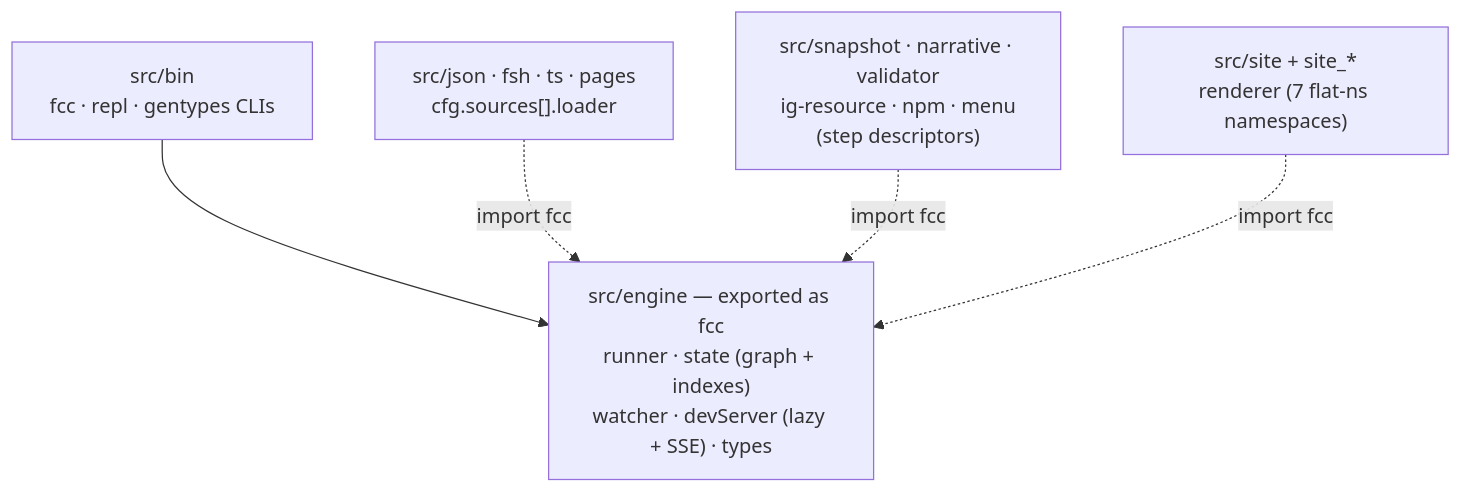
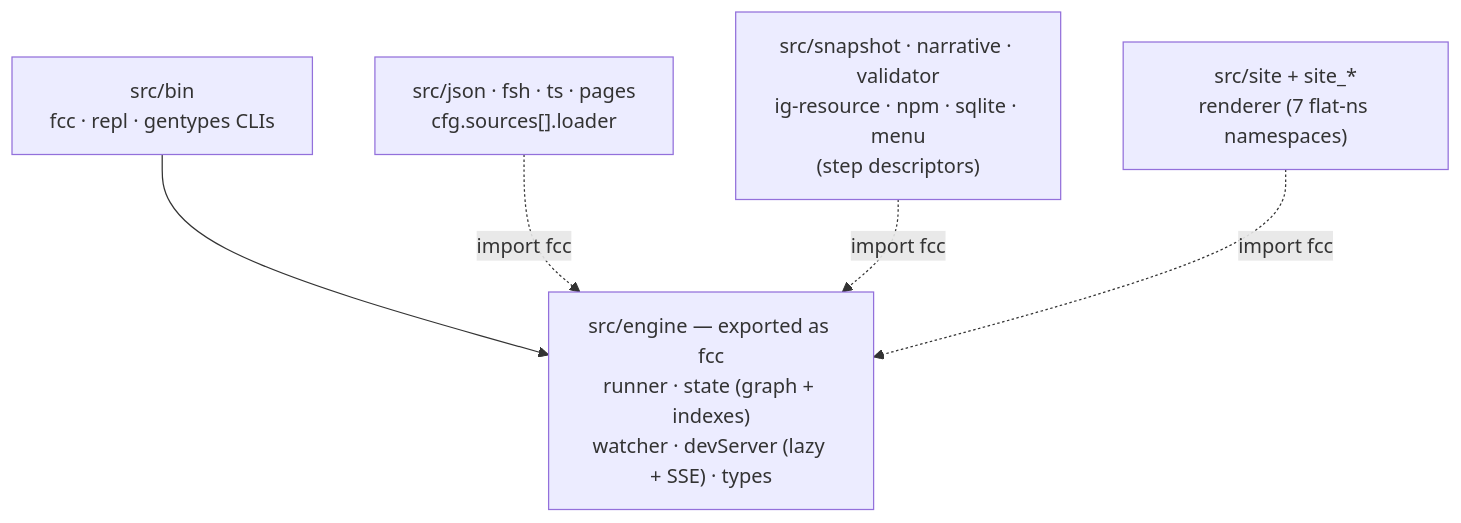
One commit to atomic-ehr/fcc changed the fourth of 4 diagrams in docs/architecture.md. Above: the diagram before and after it, drawn with Mermaid. The commit also changed other lines of this file and 2 other files, not shown here.

````diff
--- a/docs/architecture.md
+++ b/docs/architecture.md
@@ -229,13 +232,13 @@
 ```mermaid
 flowchart TB
     engine["src/engine — exported as fcc<br/>runner · state (graph + indexes)<br/>watcher · devServer (lazy + SSE) · types"]
     bin["src/bin<br/>fcc · repl · gentypes CLIs"]
     loaders["src/json · fsh · ts · pages<br/>cfg.sources[].loader"]
-    plugins["src/snapshot · narrative · validator<br/>ig-resource · npm · menu<br/>(step descriptors)"]
+    plugins["src/snapshot · narrative · validator<br/>ig-resource · npm · sqlite · menu<br/>(step descriptors)"]
     site["src/site + site_*<br/>renderer (7 flat-ns namespaces)"]
 
     bin --> engine
     loaders -. import fcc .-> engine
     plugins -. import fcc .-> engine
     site -. import fcc .-> engine
 ```
````
